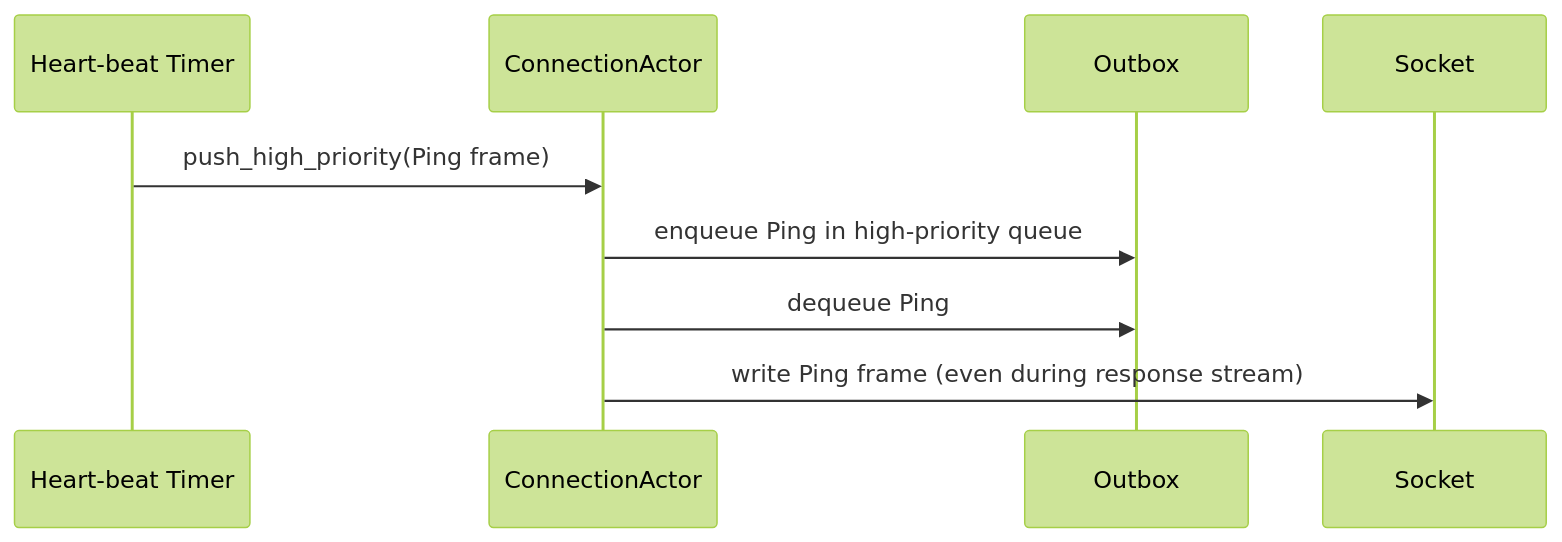
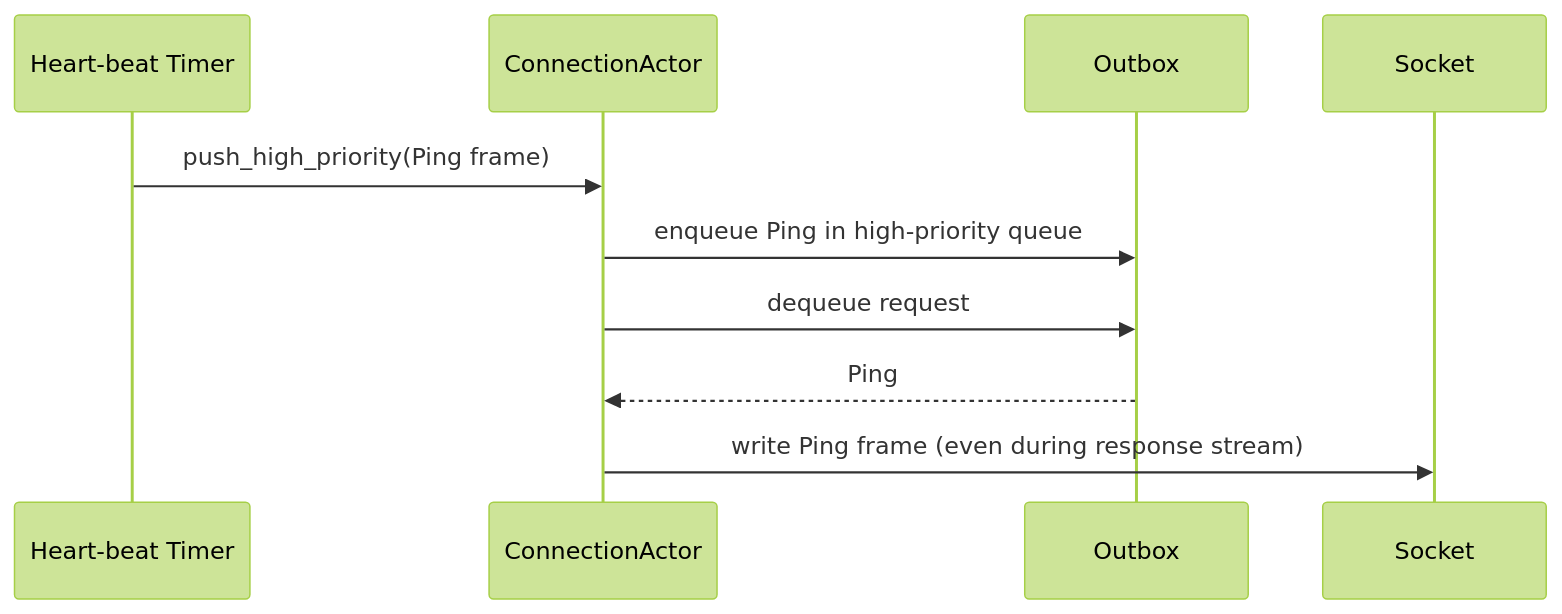
One commit to leynos/wireframe changed the sixth of 7 diagrams in docs/asynchronous-outbound-messaging-design.md. Above: the diagram before and after it, drawn with Mermaid (forest theme). The commit also changed other lines of this file, not shown here.

Commit message:
Clarify dequeue interaction

````diff
--- a/docs/asynchronous-outbound-messaging-design.md
+++ b/docs/asynchronous-outbound-messaging-design.md
@@ -442,11 +444,12 @@
 ```mermaid
 sequenceDiagram
     participant Timer as Heart-beat Timer
     participant ConnectionActor
     participant Outbox
     participant Socket
     Timer->>ConnectionActor: push_high_priority(Ping frame)
     ConnectionActor->>Outbox: enqueue Ping in high-priority queue
-    ConnectionActor->>Outbox: dequeue Ping
+    ConnectionActor->>Outbox: dequeue request
+    Outbox-->>ConnectionActor: Ping
     ConnectionActor->>Socket: write Ping frame (even during response stream)
 ```
````
